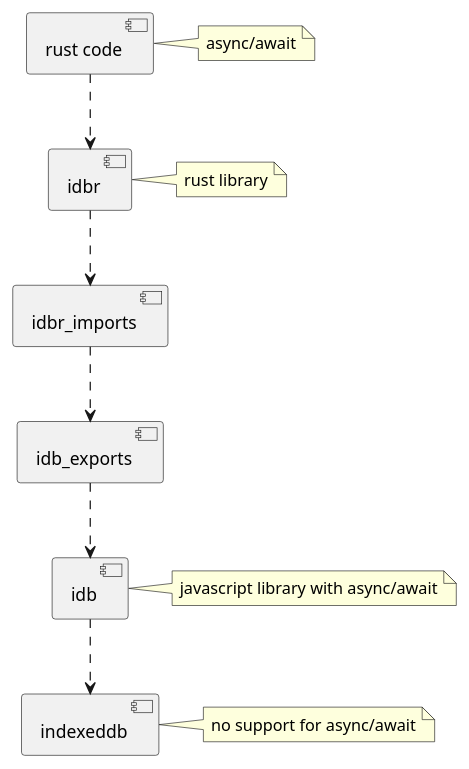
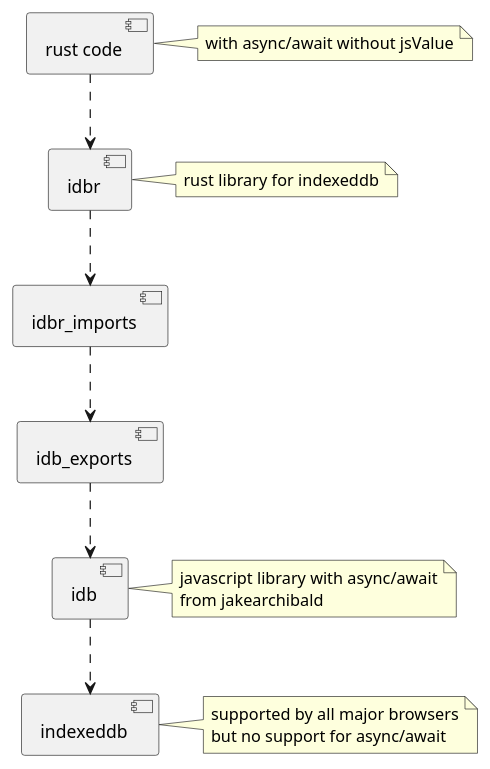
The diagram in README.md (bestia-dev-archived/indexeddb_from_rust), drawn with PlantUML before and after one commit. The commit also changed other lines of this file and 1 other file, not shown here.

````diff
--- a/README.md
+++ b/README.md
@@ -47,14 +48,14 @@
 ```plantuml
-@startuml idbrDiagram
+@startuml
 [rust code] ..> [idbr]
 [idbr] ..> [idbr_imports]
 [idbr_imports] ..> [idb_exports]
 [idb_exports] ..> [idb]
 [idb] ..> [indexeddb]
 
-note right of (idbr): rust library
-note right of (idb): javascript library with async/await
-note right of (rust code): async/await
-note right of (indexeddb): no support for async/await
+note right of (rust code): with async/await without jsValue
+note right of (idbr): rust library for indexeddb
+note right of (idb): javascript library with async/await\nfrom jakearchibald
+note right of (indexeddb): supported by all major browsers\nbut no support for async/await
 @enduml
 ```
````
